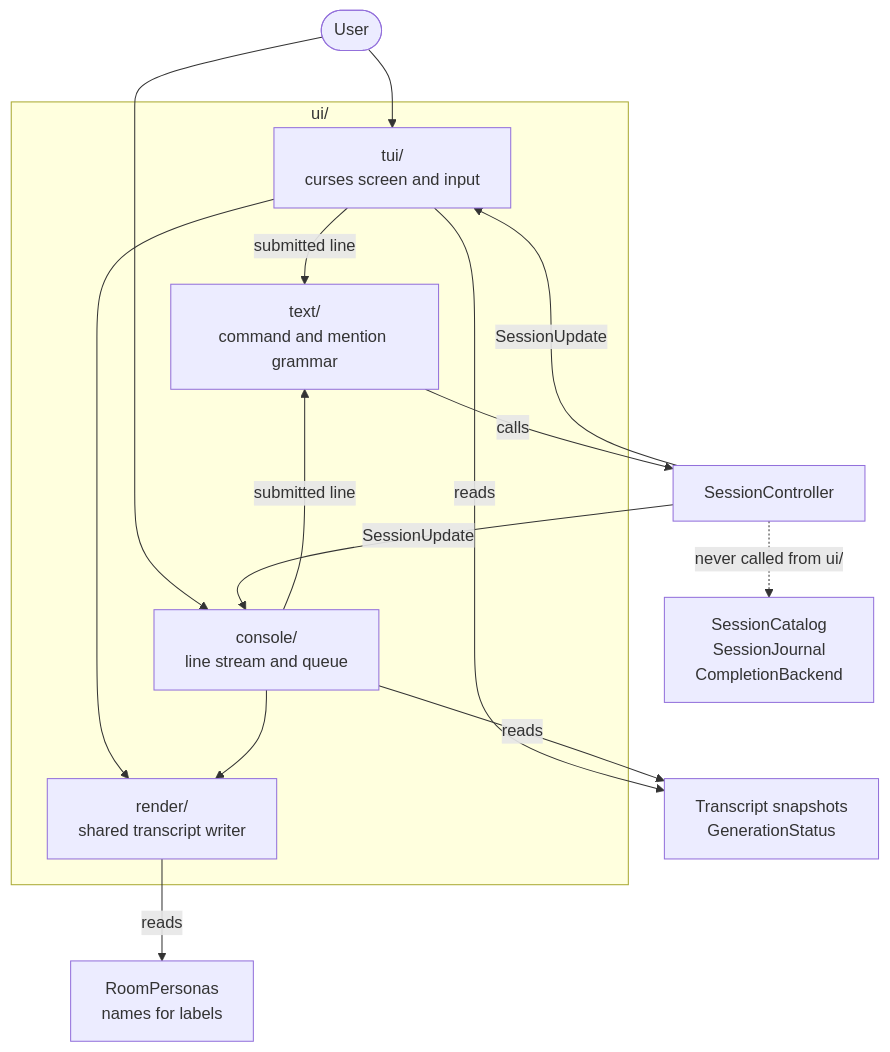
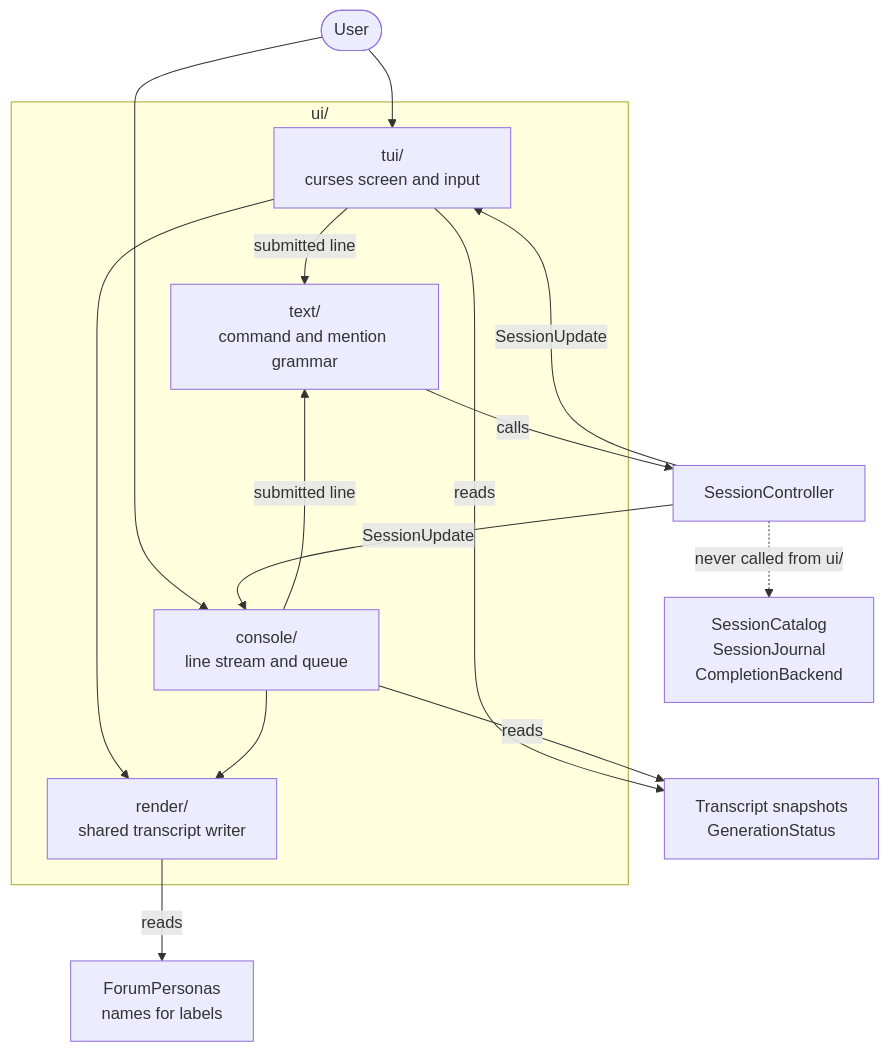
One commit to michaelpopov/cha changed the diagram in src/ui/README.md. Above: the diagram before and after it, drawn with Mermaid. The commit also changed other lines of this file and 59 other files, not shown here.

Commit message:
Rename room to forum

````diff
--- a/src/ui/README.md
+++ b/src/ui/README.md
@@ -27,24 +27,24 @@
 ```mermaid
 flowchart TD
     subgraph ui["ui/"]
         tui["tui/<br/>curses screen and input"]
         console["console/<br/>line stream and queue"]
         render["render/<br/>shared transcript writer"]
         txt["text/<br/>command and mention grammar"]
     end
 
     user(["User"]) --> tui
     user --> console
     tui --> render
     console --> render
     tui -->|"submitted line"| txt
     console -->|"submitted line"| txt
     txt -->|"calls"| controller["SessionController"]
     controller -->|"SessionUpdate"| tui
     controller -->|"SessionUpdate"| console
     tui -->|"reads"| convo["Transcript snapshots<br/>GenerationStatus"]
     console -->|"reads"| convo
-    render -->|"reads"| personas["RoomPersonas<br/>names for labels"]
+    render -->|"reads"| personas["ForumPersonas<br/>names for labels"]
 
     controller -.->|"never called from ui/"| store["SessionCatalog<br/>SessionJournal<br/>CompletionBackend"]
 ```
````
